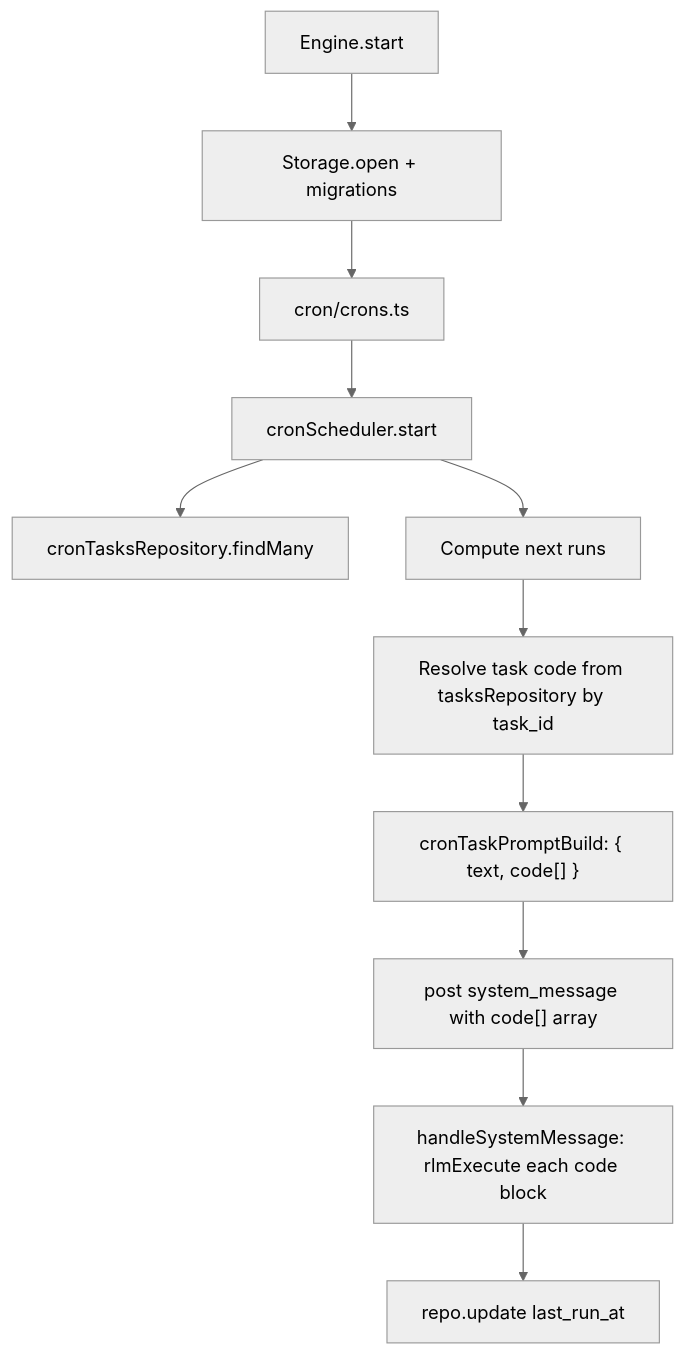
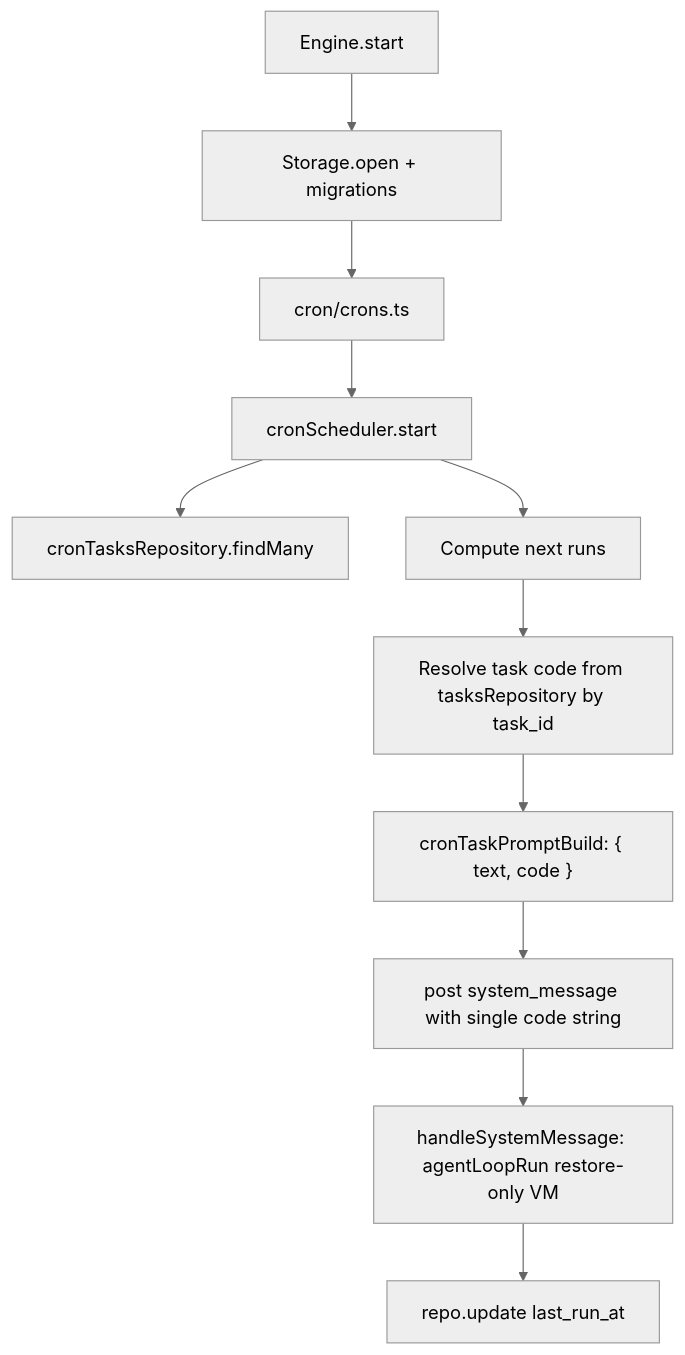
Before and after one commit to ex3ndr/daycare: the diagram in packages/daycare/sources/engine/cron/README.md, drawn with Mermaid (neutral theme). The commit also changed 15 other files, not shown here.

Commit message:
refactor(engine): require single executable code

````diff
--- a/packages/daycare/sources/engine/cron/README.md
+++ b/packages/daycare/sources/engine/cron/README.md
@@ -36,13 +36,13 @@
 ```mermaid
 flowchart TD
   Engine[Engine.start] --> Storage[Storage.open + migrations]
   Storage --> Crons[cron/crons.ts]
   Crons --> Scheduler[cronScheduler.start]
   Scheduler --> Repo[cronTasksRepository.findMany]
   Scheduler --> Tick[Compute next runs]
   Tick --> Resolve["Resolve task code from tasksRepository by task_id"]
-  Resolve --> Build["cronTaskPromptBuild: { text, code[] }"]
-  Build --> AgentSystem["post system_message with code[] array"]
-  AgentSystem --> RLM["handleSystemMessage: rlmExecute each code block"]
+  Resolve --> Build["cronTaskPromptBuild: { text, code }"]
+  Build --> AgentSystem["post system_message with single code string"]
+  AgentSystem --> RLM["handleSystemMessage: agentLoopRun restore-only VM"]
   RLM --> Record[repo.update last_run_at]
 ```
````
